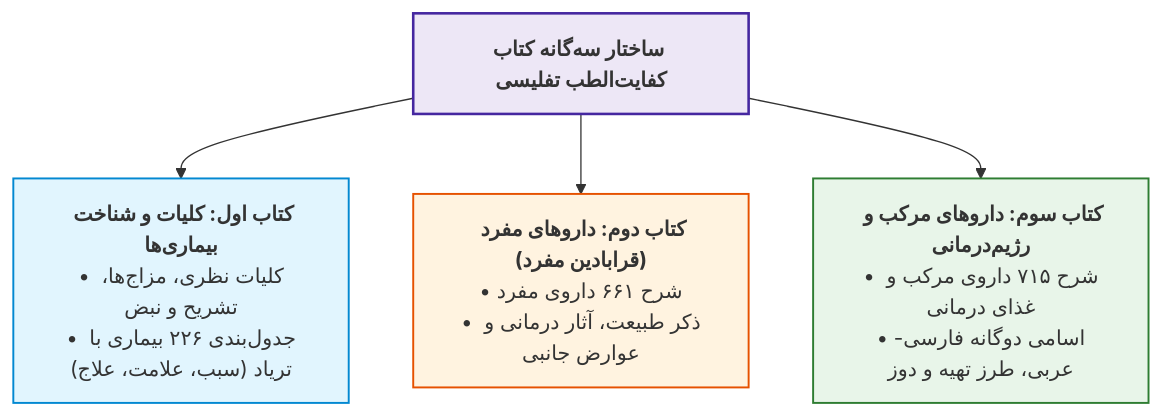
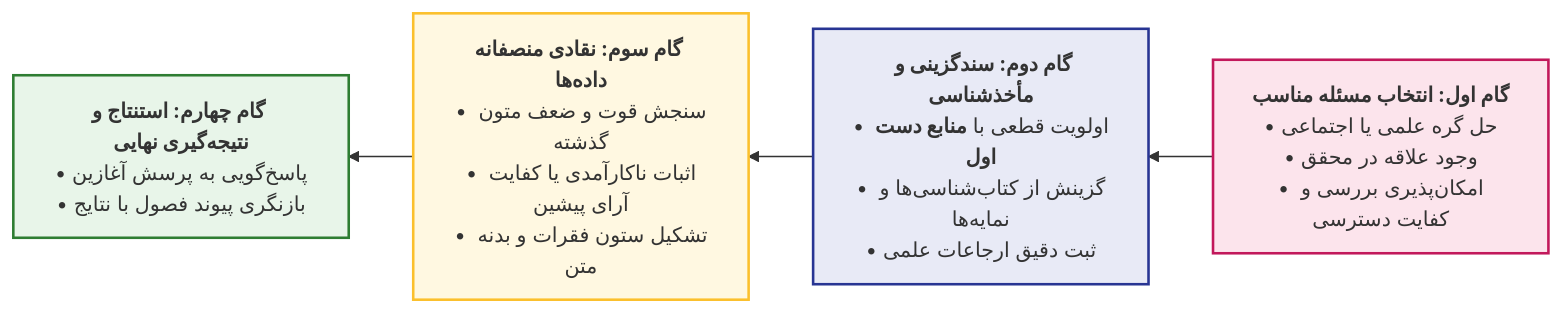
Before and after one commit to neopulse-hub/TUMS-1402-1-neo: diagram 17 of 37 in 05/ادبیات/جامع بخش 1.md, drawn with Mermaid. The commit also changed other lines of this file, not shown here.

````diff
--- a/05/ادبیات/جامع بخش 1.md
+++ b/05/ادبیات/جامع بخش 1.md
@@ -510,12 +668,12 @@
 ```mermaid
-flowchart TD
-    Kefayat["<b>ساختار سه‌گانه کتاب کفایت‌الطب تفلیسی</b>"]
-    Kefayat --> B1["<b>کتاب اول: کلیات و شناخت بیماری‌ها</b><br>• کلیات نظری، مزاج‌ها، تشریح و نبض<br>• جدول‌بندی ۲۲۶ بیماری با تریاد (سبب، علامت، علاج)"]
-    Kefayat --> B2["<b>کتاب دوم: داروهای مفرد (قرابادین مفرد)</b><br>• شرح ۶۶۱ داروی مفرد<br>• ذکر طبیعت، آثار درمانی و عوارض جانبی"]
-    Kefayat --> B3["<b>کتاب سوم: داروهای مرکب و رژیم‌درمانی</b><br>• شرح ۷۱۵ داروی مرکب و غذای درمانی<br>• اسامی دوگانه فارسی-عربی، طرز تهیه و دوز"]
+flowchart RL
+    Step1["<b>گام اول: انتخاب مسئله مناسب</b><br>• حل گره علمی یا اجتماعی<br>• وجود علاقه در محقق<br>• امکان‌پذیری بررسی و کفایت دسترسی"] 
+    --> Step2["<b>گام دوم: سندگزینی و مأخذشناسی</b><br>• اولویت قطعی با <b>منابع دست اول</b><br>• گزینش از کتاب‌شناسی‌ها و نمایه‌ها<br>• ثبت دقیق ارجاعات علمی"]
+    --> Step3["<b>گام سوم: نقادی منصفانه داده‌ها</b><br>• سنجش قوت و ضعف متون گذشته<br>• اثبات ناکارآمدی یا کفایت آرای پیشین<br>• تشکیل ستون فقرات و بدنه متن"]
+    --> Step4["<b>گام چهارم: استنتاج و نتیجه‌گیری نهایی</b><br>• پاسخ‌گویی به پرسش آغازین<br>• بازنگری پیوند فصول با نتایج"]
 
-    style Kefayat fill:#ede7f6,stroke:#4527a0,stroke-width:2px;
-    style B1 fill:#e1f5fe,stroke:#0288d1,stroke-width:1.5px;
-    style B2 fill:#fff3e0,stroke:#e65100,stroke-width:1.5px;
-    style B3 fill:#e8f5e9,stroke:#2e7d32,stroke-width:1.5px;
+    style Step1 fill:#fce4ec,stroke:#c2185b,stroke-width:2px;
+    style Step2 fill:#e8eaf6,stroke:#283593,stroke-width:2px;
+    style Step3 fill:#fff8e1,stroke:#fbc02d,stroke-width:2px;
+    style Step4 fill:#e8f5e9,stroke:#2e7d32,stroke-width:2px;
 ```
````
